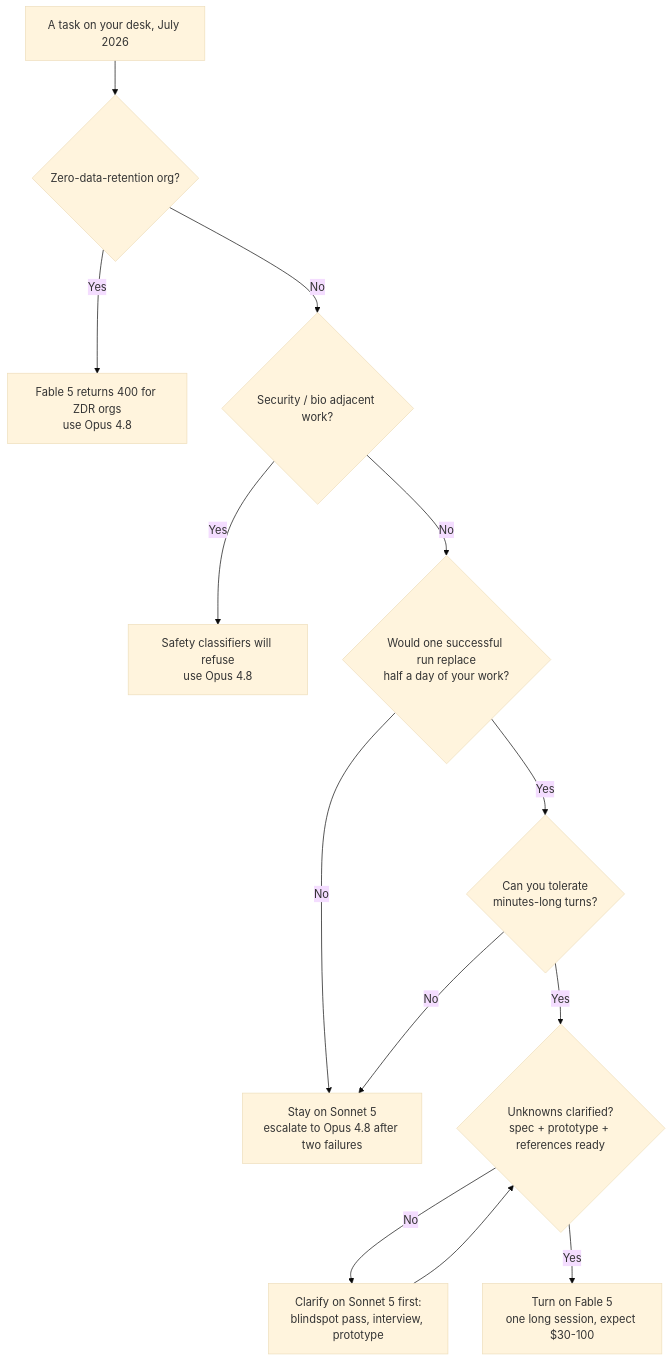
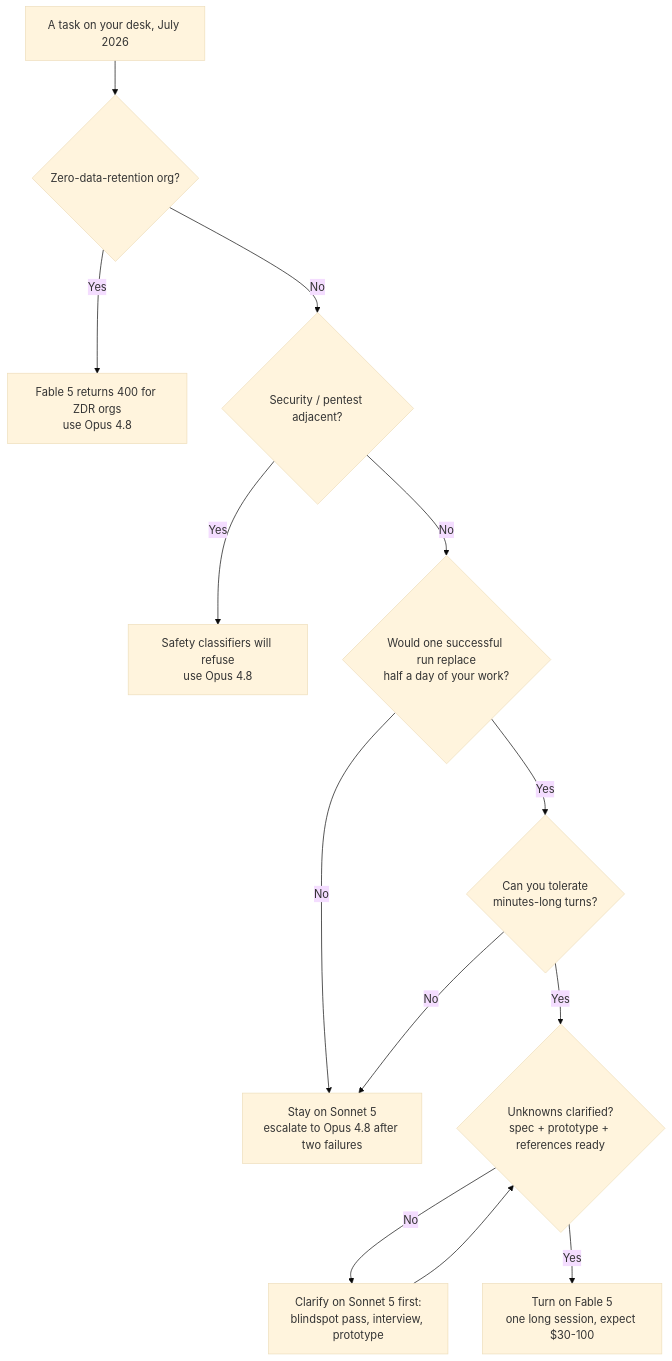
The first of 2 diagrams in content/posts/ai/2026-07-10-claude-fable-5-guide/index.md (heyuan110/heyuan110.github.io), drawn with Mermaid (base theme) before and after one commit. The commit also changed other lines of this file and 1 other file, not shown here.

````diff
--- a/content/posts/ai/2026-07-10-claude-fable-5-guide/index.md
+++ b/content/posts/ai/2026-07-10-claude-fable-5-guide/index.md
@@ -84,15 +106,15 @@
 ```mermaid
 flowchart TD
     A["A task on your desk, July 2026"] --> B{"Zero-data-retention org?"}
     B -- "Yes" --> Z["Fable 5 returns 400 for ZDR orgs<br/>use Opus 4.8"]
-    B -- "No" --> C{"Security / bio adjacent work?"}
+    B -- "No" --> C{"Security / pentest adjacent?"}
     C -- "Yes" --> Z2["Safety classifiers will refuse<br/>use Opus 4.8"]
     C -- "No" --> D{"Would one successful run replace<br/>half a day of your work?"}
     D -- "No" --> E["Stay on Sonnet 5<br/>escalate to Opus 4.8 after two failures"]
     D -- "Yes" --> F{"Can you tolerate<br/>minutes-long turns?"}
     F -- "No" --> E
     F -- "Yes" --> G{"Unknowns clarified?<br/>spec + prototype + references ready"}
     G -- "No" --> H["Clarify on Sonnet 5 first:<br/>blindspot pass, interview, prototype"]
     H --> G
     G -- "Yes" --> I["Turn on Fable 5<br/>one long session, expect $30-100"]
 ```
````
